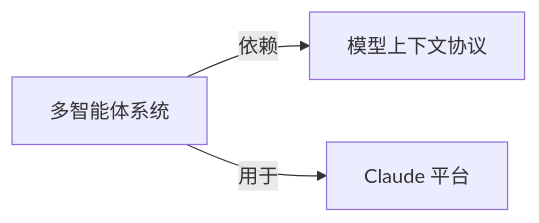
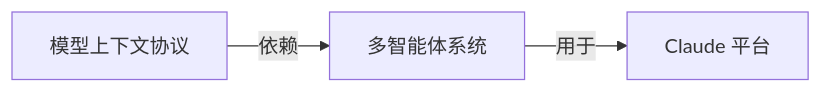
Before and after one commit to yibie/claude-best-practices-zh: the diagram in wiki/多智能体系统.md, drawn with Mermaid. The commit also changed other lines of this file and 407 other files, not shown here.

Commit message:
feat: DeepSeek 三遍审校（译文/关系/图谱）+ 可部署静态站点

````diff
--- a/wiki/多智能体系统.md
+++ b/wiki/多智能体系统.md
@@ -38,6 +40,6 @@
 ```mermaid
 graph LR
   C["多智能体系统"]
-  C -->|依赖| N0["模型上下文协议"]
-  C -->|用于| N1["Claude 平台"]
+  C -->|用于| N0["Claude 平台"]
+  N1["模型上下文协议"] -->|依赖| C
 ```
````
